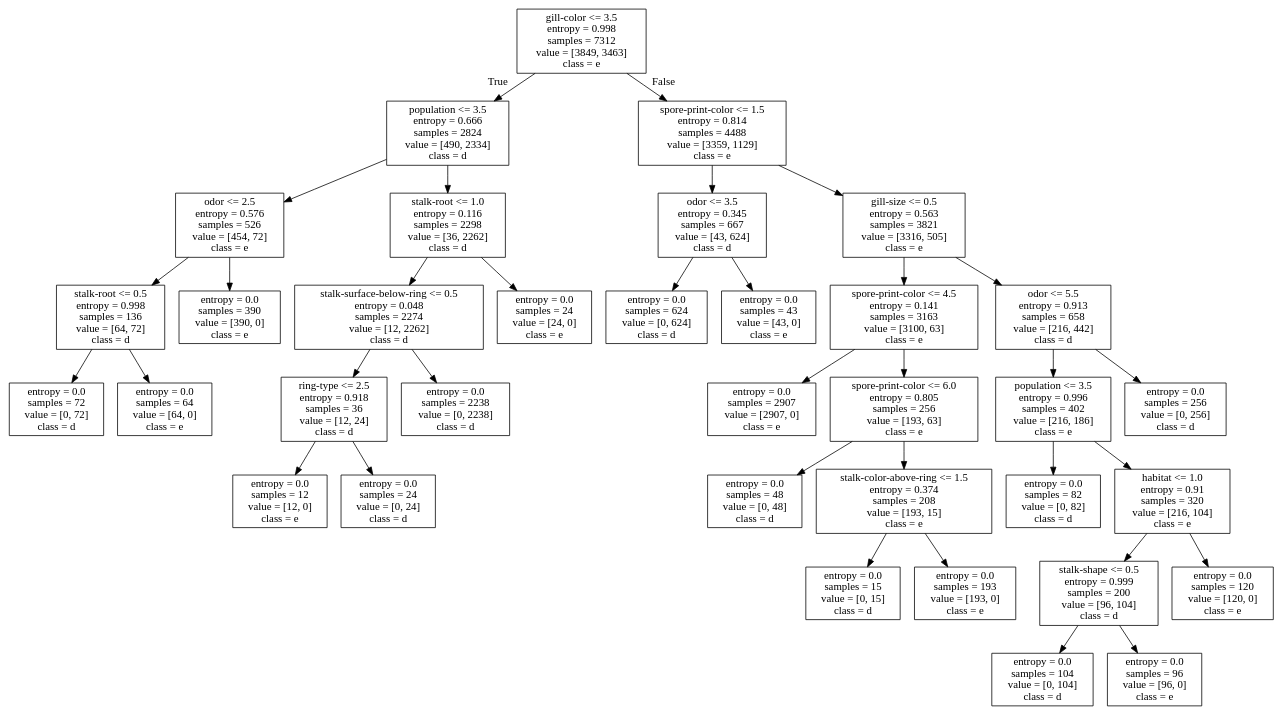
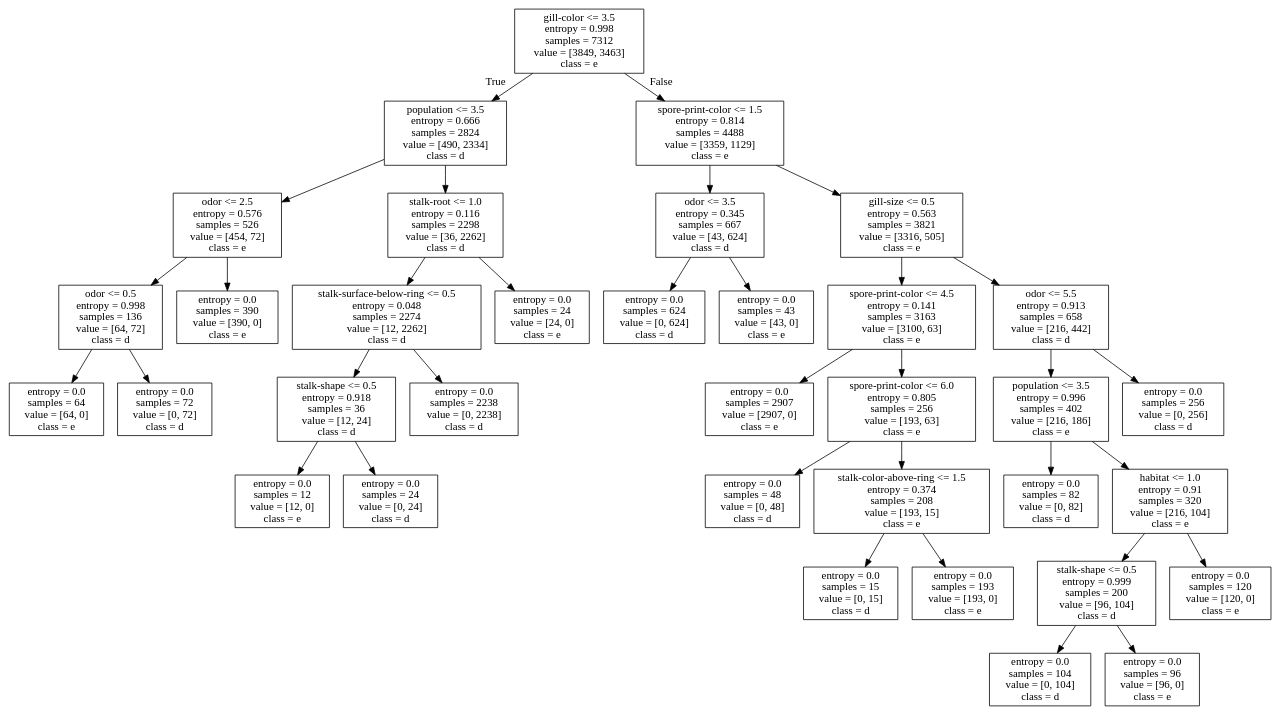
One commit to AlirezaParchami/Rule-Extraction-Using-ID3-and-CART-and-KNN-Text-Classification changed the diagram in notebooks/ID3.gv. Above: the diagram before and after it, drawn with Graphviz. The commit also changed 7 other files, not shown here.

```diff
--- a/notebooks/ID3.gv
+++ b/notebooks/ID3.gv
@@ -1,72 +1,72 @@
 digraph Tree {
 node [shape=box] ;
 0 [label="gill-color <= 3.5\nentropy = 0.998\nsamples = 7312\nvalue = [3849, 3463]\nclass = e"] ;
 1 [label="population <= 3.5\nentropy = 0.666\nsamples = 2824\nvalue = [490, 2334]\nclass = d"] ;
 0 -> 1 [labeldistance=2.5, labelangle=45, headlabel="True"] ;
 2 [label="odor <= 2.5\nentropy = 0.576\nsamples = 526\nvalue = [454, 72]\nclass = e"] ;
 1 -> 2 ;
-3 [label="stalk-root <= 0.5\nentropy = 0.998\nsamples = 136\nvalue = [64, 72]\nclass = d"] ;
+3 [label="odor <= 0.5\nentropy = 0.998\nsamples = 136\nvalue = [64, 72]\nclass = d"] ;
 2 -> 3 ;
-4 [label="entropy = 0.0\nsamples = 72\nvalue = [0, 72]\nclass = d"] ;
+4 [label="entropy = 0.0\nsamples = 64\nvalue = [64, 0]\nclass = e"] ;
 3 -> 4 ;
-5 [label="entropy = 0.0\nsamples = 64\nvalue = [64, 0]\nclass = e"] ;
+5 [label="entropy = 0.0\nsamples = 72\nvalue = [0, 72]\nclass = d"] ;
 3 -> 5 ;
 6 [label="entropy = 0.0\nsamples = 390\nvalue = [390, 0]\nclass = e"] ;
 2 -> 6 ;
 7 [label="stalk-root <= 1.0\nentropy = 0.116\nsamples = 2298\nvalue = [36, 2262]\nclass = d"] ;
 1 -> 7 ;
 8 [label="stalk-surface-below-ring <= 0.5\nentropy = 0.048\nsamples = 2274\nvalue = [12, 2262]\nclass = d"] ;
 7 -> 8 ;
-9 [label="ring-type <= 2.5\nentropy = 0.918\nsamples = 36\nvalue = [12, 24]\nclass = d"] ;
+9 [label="stalk-shape <= 0.5\nentropy = 0.918\nsamples = 36\nvalue = [12, 24]\nclass = d"] ;
 8 -> 9 ;
 10 [label="entropy = 0.0\nsamples = 12\nvalue = [12, 0]\nclass = e"] ;
 9 -> 10 ;
 11 [label="entropy = 0.0\nsamples = 24\nvalue = [0, 24]\nclass = d"] ;
 9 -> 11 ;
 12 [label="entropy = 0.0\nsamples = 2238\nvalue = [0, 2238]\nclass = d"] ;
 8 -> 12 ;
 13 [label="entropy = 0.0\nsamples = 24\nvalue = [24, 0]\nclass = e"] ;
 7 -> 13 ;
 14 [label="spore-print-color <= 1.5\nentropy = 0.814\nsamples = 4488\nvalue = [3359, 1129]\nclass = e"] ;
 0 -> 14 [labeldistance=2.5, labelangle=-45, headlabel="False"] ;
 15 [label="odor <= 3.5\nentropy = 0.345\nsamples = 667\nvalue = [43, 624]\nclass = d"] ;
 14 -> 15 ;
 16 [label="entropy = 0.0\nsamples = 624\nvalue = [0, 624]\nclass = d"] ;
 15 -> 16 ;
 17 [label="entropy = 0.0\nsamples = 43\nvalue = [43, 0]\nclass = e"] ;
 15 -> 17 ;
 18 [label="gill-size <= 0.5\nentropy = 0.563\nsamples = 3821\nvalue = [3316, 505]\nclass = e"] ;
 14 -> 18 ;
 19 [label="spore-print-color <= 4.5\nentropy = 0.141\nsamples = 3163\nvalue = [3100, 63]\nclass = e"] ;
 18 -> 19 ;
 20 [label="entropy = 0.0\nsamples = 2907\nvalue = [2907, 0]\nclass = e"] ;
 19 -> 20 ;
 21 [label="spore-print-color <= 6.0\nentropy = 0.805\nsamples = 256\nvalue = [193, 63]\nclass = e"] ;
 19 -> 21 ;
 22 [label="entropy = 0.0\nsamples = 48\nvalue = [0, 48]\nclass = d"] ;
 21 -> 22 ;
 23 [label="stalk-color-above-ring <= 1.5\nentropy = 0.374\nsamples = 208\nvalue = [193, 15]\nclass = e"] ;
 21 -> 23 ;
 24 [label="entropy = 0.0\nsamples = 15\nvalue = [0, 15]\nclass = d"] ;
 23 -> 24 ;
 25 [label="entropy = 0.0\nsamples = 193\nvalue = [193, 0]\nclass = e"] ;
 23 -> 25 ;
 26 [label="odor <= 5.5\nentropy = 0.913\nsamples = 658\nvalue = [216, 442]\nclass = d"] ;
 18 -> 26 ;
 27 [label="population <= 3.5\nentropy = 0.996\nsamples = 402\nvalue = [216, 186]\nclass = e"] ;
 26 -> 27 ;
 28 [label="entropy = 0.0\nsamples = 82\nvalue = [0, 82]\nclass = d"] ;
 27 -> 28 ;
 29 [label="habitat <= 1.0\nentropy = 0.91\nsamples = 320\nvalue = [216, 104]\nclass = e"] ;
 27 -> 29 ;
 30 [label="stalk-shape <= 0.5\nentropy = 0.999\nsamples = 200\nvalue = [96, 104]\nclass = d"] ;
 29 -> 30 ;
 31 [label="entropy = 0.0\nsamples = 104\nvalue = [0, 104]\nclass = d"] ;
 30 -> 31 ;
 32 [label="entropy = 0.0\nsamples = 96\nvalue = [96, 0]\nclass = e"] ;
 30 -> 32 ;
 33 [label="entropy = 0.0\nsamples = 120\nvalue = [120, 0]\nclass = e"] ;
 29 -> 33 ;
 34 [label="entropy = 0.0\nsamples = 256\nvalue = [0, 256]\nclass = d"] ;
 26 -> 34 ;
 }
```
